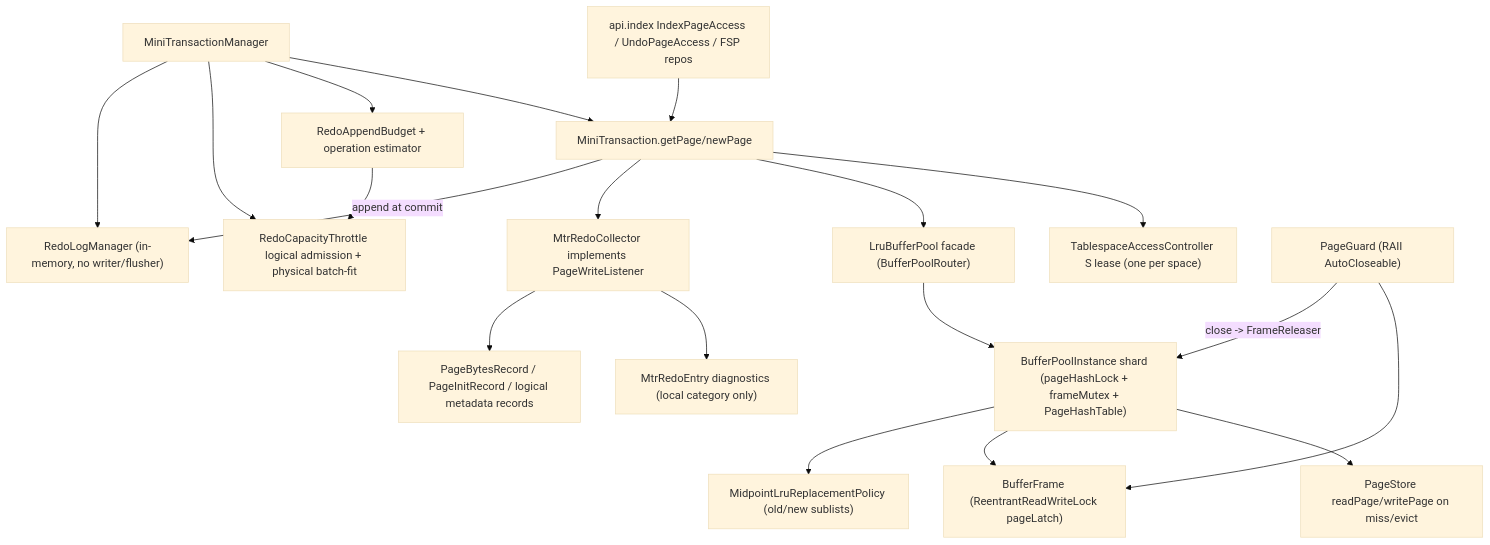
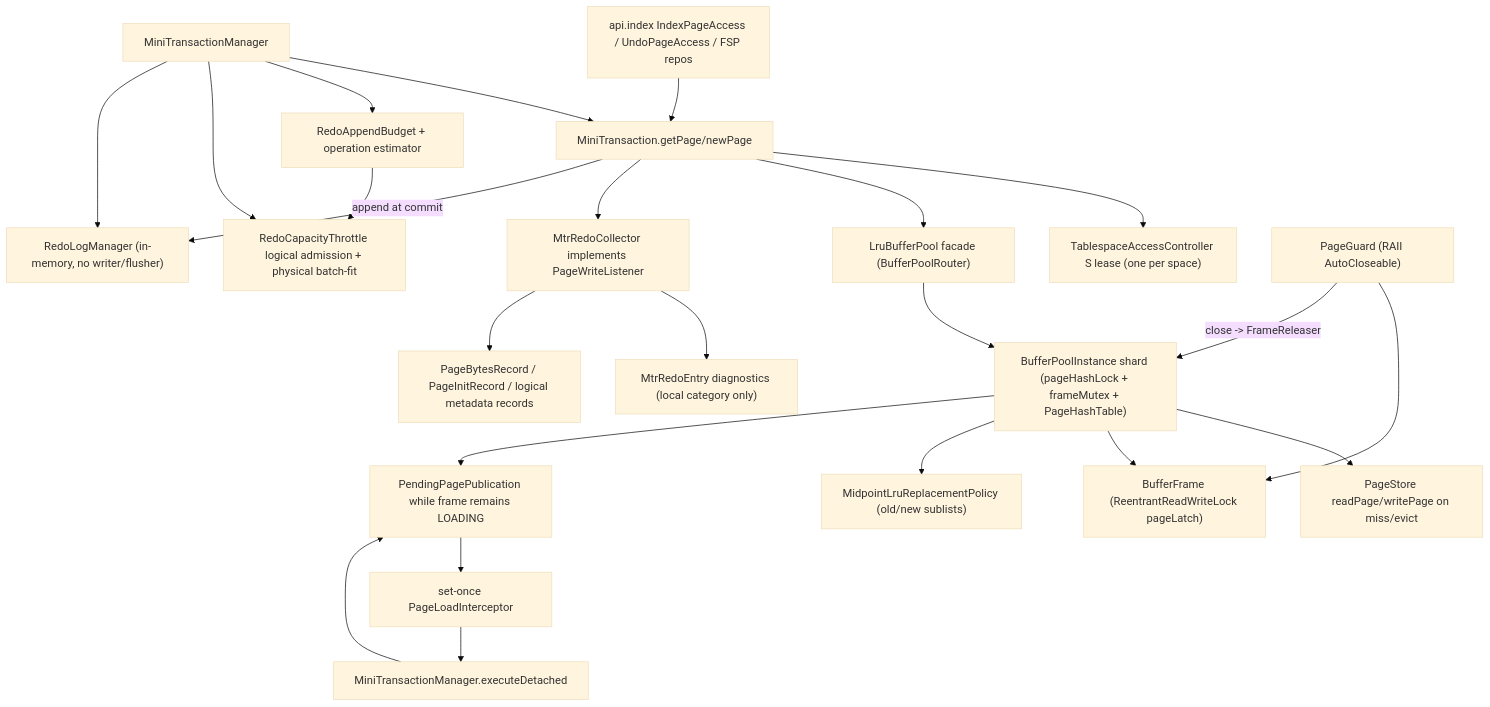
One commit to mywnlb/dbtest changed the second of 12 diagrams in docs/design/current-implementation-map.md. Above: the diagram before and after it, drawn with Mermaid (base theme). The commit also changed other lines of this file and 113 other files, not shown here.

````diff
--- a/docs/design/current-implementation-map.md
+++ b/docs/design/current-implementation-map.md
@@ -101,21 +101,25 @@
 ```mermaid
 flowchart TD
   Caller["api.index IndexPageAccess / UndoPageAccess / FSP repos"] --> Mtr["MiniTransaction.getPage/newPage"]
   Mtr --> Access["TablespaceAccessController S lease (one per space)"]
   Mtr --> Pool["LruBufferPool facade (BufferPoolRouter)"]
   Pool --> Inst["BufferPoolInstance shard (pageHashLock + frameMutex + PageHashTable)"]
   Inst --> Store["PageStore readPage/writePage on miss/evict"]
   Inst --> Frame["BufferFrame (ReentrantReadWriteLock pageLatch)"]
   Inst --> Policy["MidpointLruReplacementPolicy (old/new sublists)"]
+  Inst --> Publication["PendingPagePublication while frame remains LOADING"]
+  Publication --> Interceptor["set-once PageLoadInterceptor"]
+  Interceptor --> Detached["MiniTransactionManager.executeDetached"]
+  Detached --> Publication
   Mtr --> Collector["MtrRedoCollector implements PageWriteListener"]
   Collector --> RedoEntries["MtrRedoEntry diagnostics (local category only)"]
   Collector --> RedoRecords["PageBytesRecord / PageInitRecord / logical metadata records"]
   Mgr["MiniTransactionManager"] --> Mtr
   Mgr --> Budget["RedoAppendBudget + operation estimator"]
   Budget --> Throttle["RedoCapacityThrottle logical admission + physical batch-fit"]
   Mgr --> Throttle
   Mgr --> RedoMgr["RedoLogManager (in-memory, no writer/flusher)"]
   Mtr -->|append at commit| RedoMgr
   Guard["PageGuard (RAII AutoCloseable)"] --> Frame
   Guard -->|close -> FrameReleaser| Inst
 ```
````
